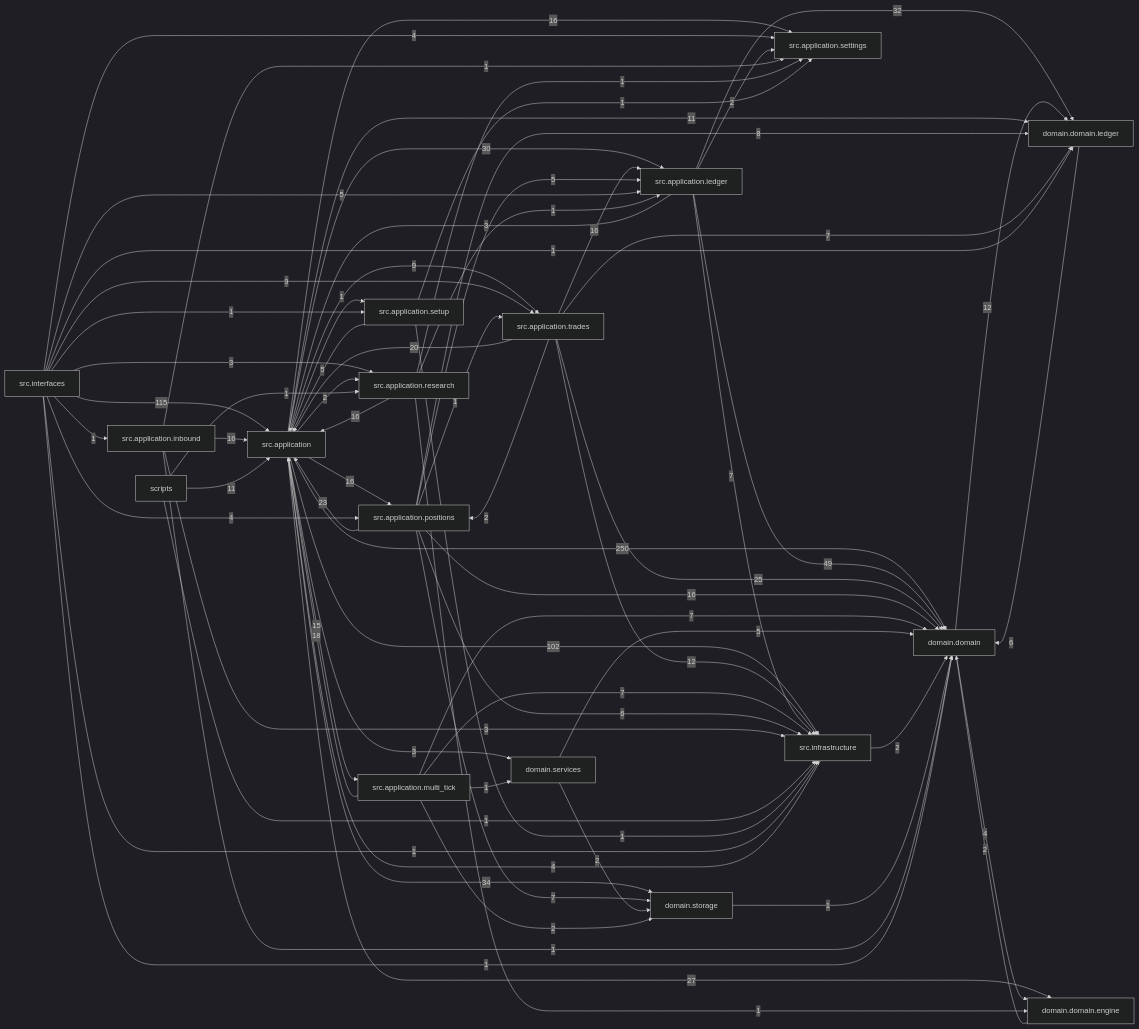
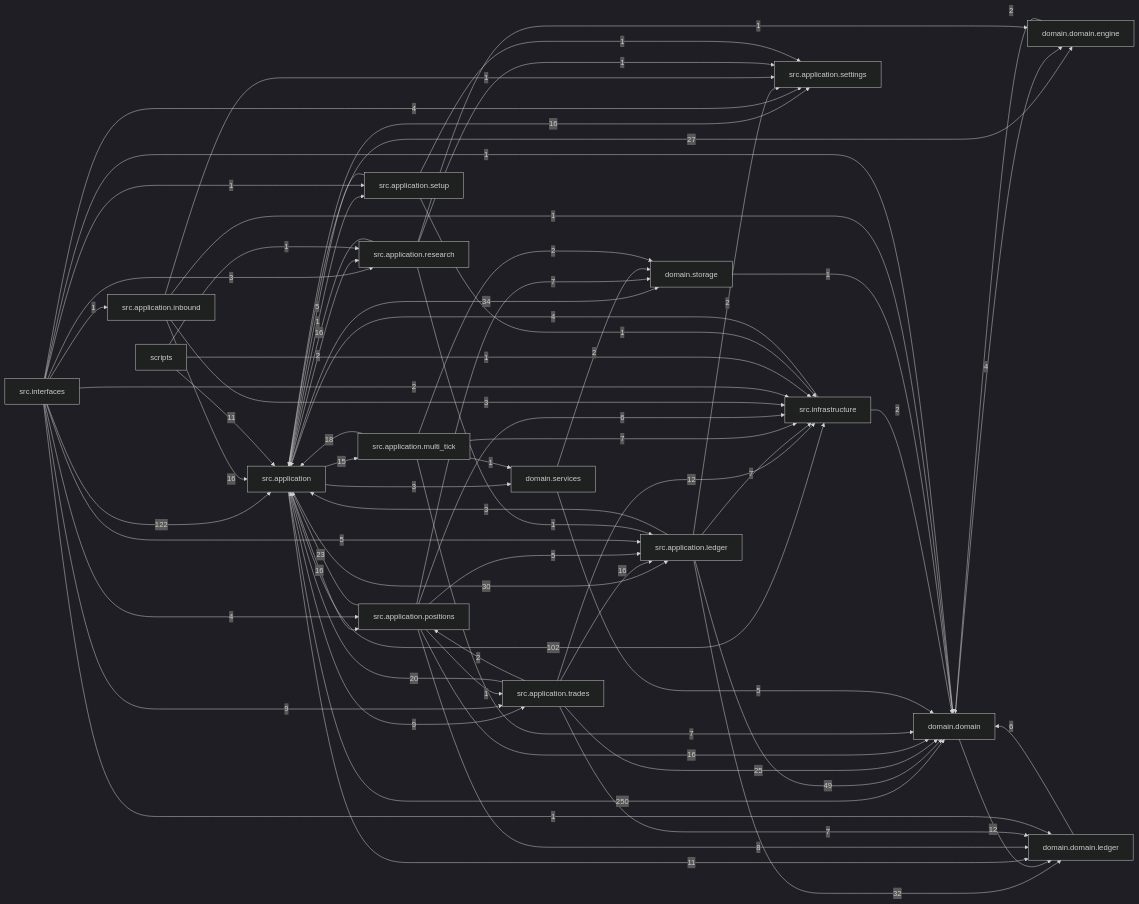
The diagram in docs/dependency_graph.mmd (liuxie066/options-monitor), drawn with Mermaid (dark theme) before and after one commit. The commit also changed 12 other files, not shown here.

```diff
--- a/docs/dependency_graph.mmd
+++ b/docs/dependency_graph.mmd
@@ -1,71 +1,71 @@
 flowchart LR
   src_application["src.application"] -->|250| domain_domain["domain.domain"]
-  src_interfaces["src.interfaces"] -->|115| src_application["src.application"]
+  src_interfaces["src.interfaces"] -->|122| src_application["src.application"]
   src_application["src.application"] -->|102| src_infrastructure["src.infrastructure"]
   src_application_ledger["src.application.ledger"] -->|49| domain_domain["domain.domain"]
   src_application["src.application"] -->|34| domain_storage["domain.storage"]
   src_application_ledger["src.application.ledger"] -->|32| domain_domain_ledger["domain.domain.ledger"]
   src_application["src.application"] -->|30| src_application_ledger["src.application.ledger"]
   src_application["src.application"] -->|27| domain_domain_engine["domain.domain.engine"]
   src_application_trades["src.application.trades"] -->|25| domain_domain["domain.domain"]
   src_application_positions["src.application.positions"] -->|23| src_application["src.application"]
   src_application_trades["src.application.trades"] -->|20| src_application["src.application"]
   src_application_multi_tick["src.application.multi_tick"] -->|18| src_application["src.application"]
   src_application["src.application"] -->|16| src_application_positions["src.application.positions"]
   src_application["src.application"] -->|16| src_application_settings["src.application.settings"]
   src_application_inbound["src.application.inbound"] -->|16| src_application["src.application"]
   src_application_positions["src.application.positions"] -->|16| domain_domain["domain.domain"]
   src_application_research["src.application.research"] -->|16| src_application["src.application"]
   src_application_trades["src.application.trades"] -->|16| src_application_ledger["src.application.ledger"]
   src_application["src.application"] -->|15| src_application_multi_tick["src.application.multi_tick"]
   domain_domain["domain.domain"] -->|12| domain_domain_ledger["domain.domain.ledger"]
   src_application_trades["src.application.trades"] -->|12| src_infrastructure["src.infrastructure"]
   scripts["scripts"] -->|11| src_application["src.application"]
   src_application["src.application"] -->|11| domain_domain_ledger["domain.domain.ledger"]
   src_application["src.application"] -->|9| src_application_trades["src.application.trades"]
   src_interfaces["src.interfaces"] -->|9| src_application_trades["src.application.trades"]
   src_application_positions["src.application.positions"] -->|8| domain_domain_ledger["domain.domain.ledger"]
   src_application_ledger["src.application.ledger"] -->|7| src_infrastructure["src.infrastructure"]
   src_application_multi_tick["src.application.multi_tick"] -->|7| domain_domain["domain.domain"]
   src_application_multi_tick["src.application.multi_tick"] -->|7| src_infrastructure["src.infrastructure"]
   src_application_positions["src.application.positions"] -->|7| domain_storage["domain.storage"]
   src_application_trades["src.application.trades"] -->|7| domain_domain_ledger["domain.domain.ledger"]
   domain_domain_ledger["domain.domain.ledger"] -->|6| domain_domain["domain.domain"]
   src_application_positions["src.application.positions"] -->|6| src_infrastructure["src.infrastructure"]
   domain_services["domain.services"] -->|5| domain_domain["domain.domain"]
   src_application_positions["src.application.positions"] -->|5| src_application_ledger["src.application.ledger"]
   src_application_setup["src.application.setup"] -->|5| src_application["src.application"]
   src_interfaces["src.interfaces"] -->|5| src_application_ledger["src.application.ledger"]
   domain_domain["domain.domain"] -->|4| domain_domain_engine["domain.domain.engine"]
   src_infrastructure["src.infrastructure"] -->|4| src_application["src.application"]
   src_interfaces["src.interfaces"] -->|4| src_application_positions["src.application.positions"]
   src_interfaces["src.interfaces"] -->|4| src_application_settings["src.application.settings"]
   src_application["src.application"] -->|3| domain_services["domain.services"]
   src_application_inbound["src.application.inbound"] -->|3| src_infrastructure["src.infrastructure"]
   src_application_ledger["src.application.ledger"] -->|3| src_application["src.application"]
   src_interfaces["src.interfaces"] -->|3| src_application_research["src.application.research"]
   domain_domain_engine["domain.domain.engine"] -->|2| domain_domain["domain.domain"]
   domain_services["domain.services"] -->|2| domain_storage["domain.storage"]
   src_application["src.application"] -->|2| src_application_research["src.application.research"]
   src_application_ledger["src.application.ledger"] -->|2| src_application_settings["src.application.settings"]
   src_application_multi_tick["src.application.multi_tick"] -->|2| domain_storage["domain.storage"]
   src_application_trades["src.application.trades"] -->|2| src_application_positions["src.application.positions"]
   src_infrastructure["src.infrastructure"] -->|2| domain_domain["domain.domain"]
+  src_interfaces["src.interfaces"] -->|2| src_infrastructure["src.infrastructure"]
   domain_storage["domain.storage"] -->|1| domain_domain["domain.domain"]
   scripts["scripts"] -->|1| src_application_research["src.application.research"]
   scripts["scripts"] -->|1| src_infrastructure["src.infrastructure"]
   src_application["src.application"] -->|1| src_application_setup["src.application.setup"]
   src_application_inbound["src.application.inbound"] -->|1| domain_domain["domain.domain"]
   src_application_inbound["src.application.inbound"] -->|1| src_application_settings["src.application.settings"]
   src_application_multi_tick["src.application.multi_tick"] -->|1| domain_services["domain.services"]
   src_application_positions["src.application.positions"] -->|1| src_application_trades["src.application.trades"]
   src_application_research["src.application.research"] -->|1| domain_domain_engine["domain.domain.engine"]
   src_application_research["src.application.research"] -->|1| src_application_ledger["src.application.ledger"]
   src_application_research["src.application.research"] -->|1| src_application_settings["src.application.settings"]
   src_application_setup["src.application.setup"] -->|1| src_application_settings["src.application.settings"]
   src_application_setup["src.application.setup"] -->|1| src_infrastructure["src.infrastructure"]
   src_interfaces["src.interfaces"] -->|1| domain_domain["domain.domain"]
   src_interfaces["src.interfaces"] -->|1| domain_domain_ledger["domain.domain.ledger"]
   src_interfaces["src.interfaces"] -->|1| src_application_inbound["src.application.inbound"]
   src_interfaces["src.interfaces"] -->|1| src_application_setup["src.application.setup"]
-  src_interfaces["src.interfaces"] -->|1| src_infrastructure["src.infrastructure"]
```
